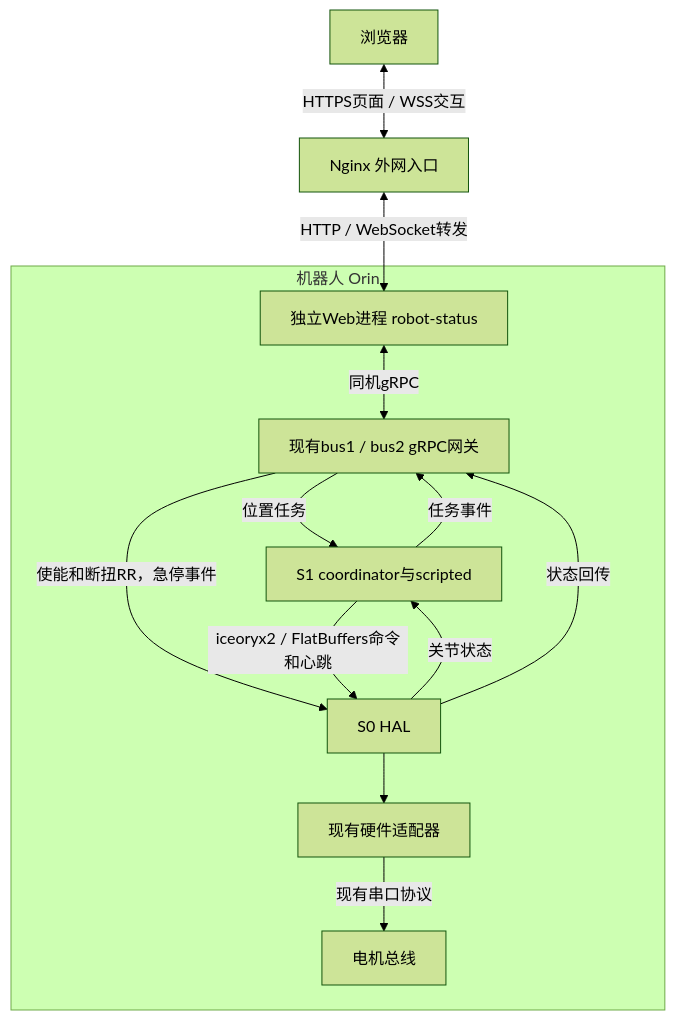
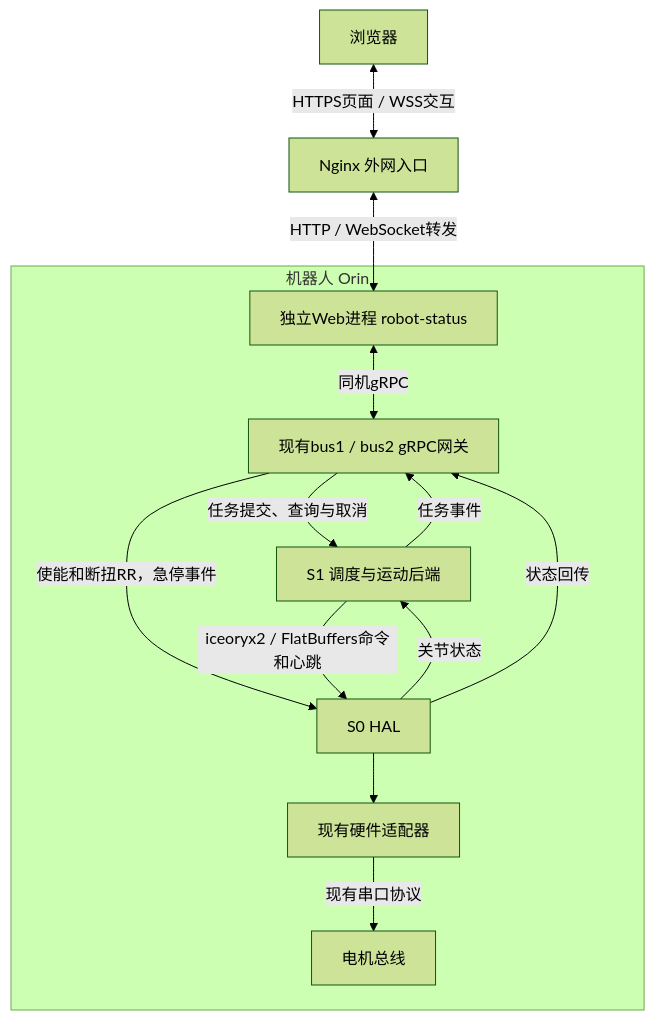
One commit to arxxyr/robot-system changed the diagram in docs/control_plan.md. Above: the diagram before and after it, drawn with Mermaid (forest theme). The commit also changed other lines of this file and 19 other files, not shown here.

````diff
--- a/docs/control_plan.md
+++ b/docs/control_plan.md
@@ -9,22 +7,22 @@
 ```mermaid
 flowchart TD
     UI[浏览器] <-->|HTTPS页面 / WSS交互| NG[Nginx 外网入口]
     subgraph ORIN[机器人 Orin]
         WEB[独立Web进程 robot-status]
         RPC[现有bus1 / bus2 gRPC网关]
-        S1[S1 coordinator与scripted]
+        S1[S1 调度与运动后端]
         S0[S0 HAL]
         AD[现有硬件适配器]
         DEV[电机总线]
         WEB <-->|同机gRPC| RPC
-        RPC -->|位置任务| S1
+        RPC -->|任务提交、查询与取消| S1
         RPC -->|使能和断扭RR，急停事件| S0
         S1 -->|iceoryx2 / FlatBuffers命令和心跳| S0
         S0 -->|关节状态| S1
         S0 -->|状态回传| RPC
         S1 -->|任务事件| RPC
         S0 --> AD
         AD -->|现有串口协议| DEV
     end
     NG <-->|HTTP / WebSocket转发| WEB
 ```
````
